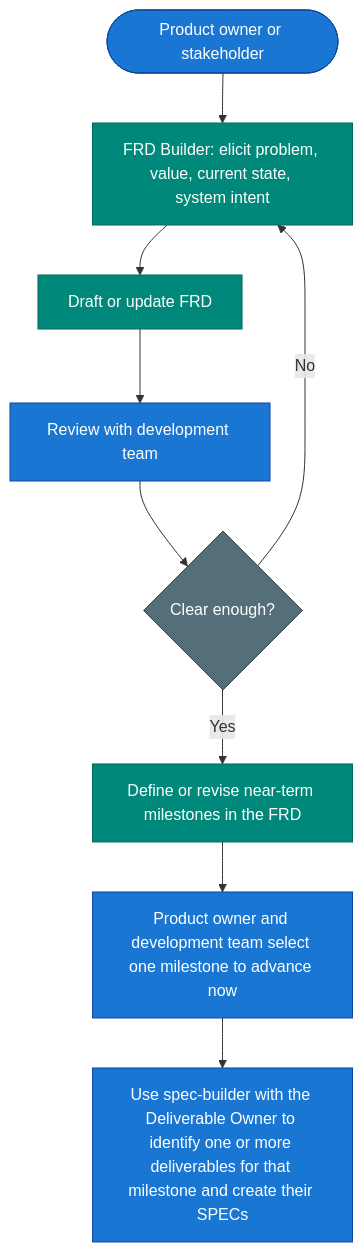
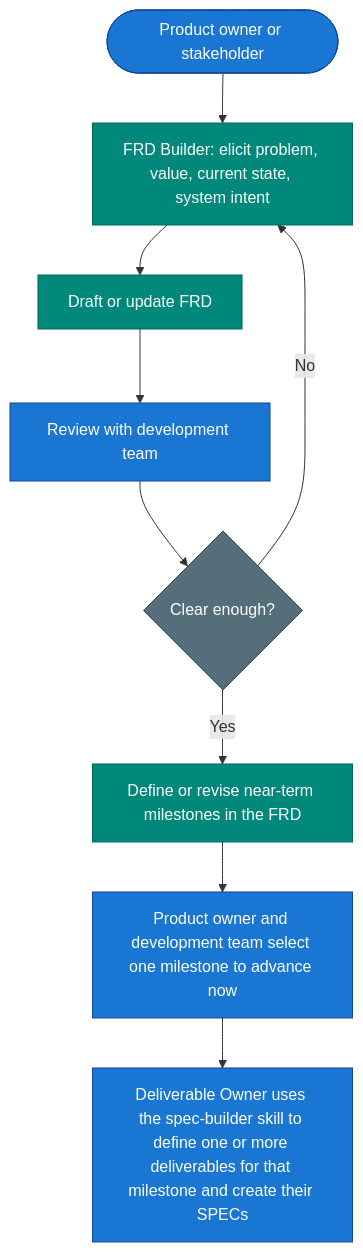
Before and after one commit to zazzcode/zazz-skills: the second of 3 diagrams in zazz-framework.md, drawn with Mermaid. The commit also changed other lines of this file, not shown here.

Commit message:
Refine spec-builder ownership wording

````diff
--- a/zazz-framework.md
+++ b/zazz-framework.md
@@ -363,19 +363,19 @@
 ```mermaid
 flowchart TD
     A([Product owner or stakeholder]) --> B[FRD Builder: elicit problem, value, current state, system intent]
     B --> C[Draft or update FRD]
     C --> D[Review with development team]
     D --> E{Clear enough?}
     E -->|No| B
     E -->|Yes| F[Define or revise near-term milestones in the FRD]
     F --> G[Product owner and development team select one milestone to advance now]
-    G --> H[Use spec-builder with the Deliverable Owner to identify one or more deliverables for that milestone and create their SPECs]
+    G --> H[Deliverable Owner uses the spec-builder skill to define one or more deliverables for that milestone and create their SPECs]
 
     classDef human fill:#1976d2,stroke:#0d47a1,color:#fff
     classDef agent fill:#00897b,stroke:#00695c,color:#fff
     classDef decision fill:#546e7a,stroke:#37474f,color:#fff
     class A,D human
     class B,C,F agent
     class G,H human
     class E decision
 ```
````
